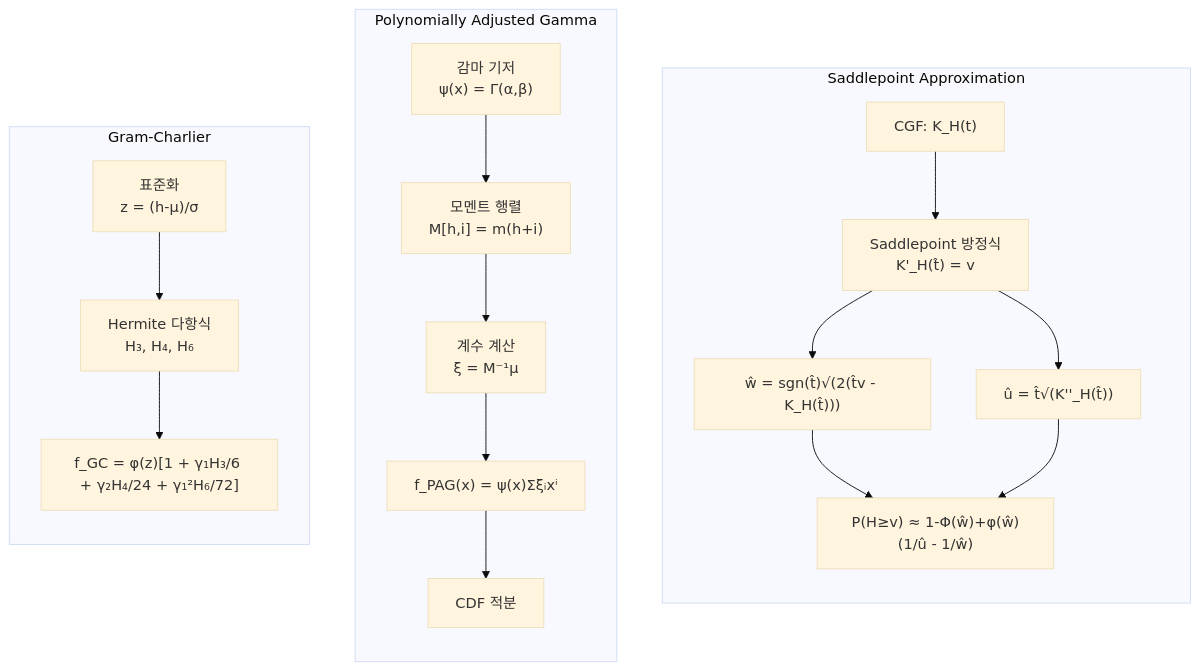
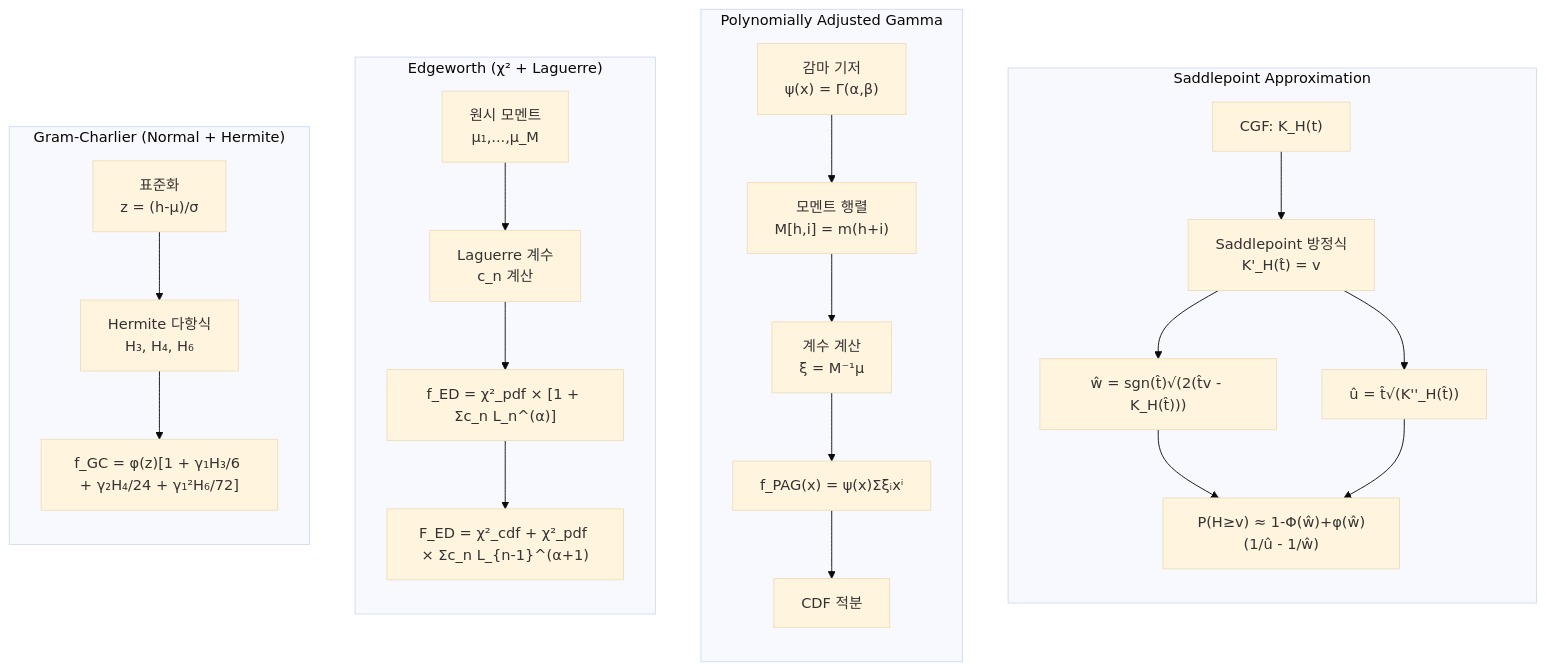
The third of 4 diagrams in README.md (zongseung/KS-test), drawn with Mermaid (base theme) before and after one commit. The commit also changed other lines of this file, not shown here.

````diff
--- a/README.md
+++ b/README.md
@@ -121,24 +121,31 @@
 ```mermaid
 flowchart TB
     subgraph Saddlepoint["Saddlepoint Approximation"]
         direction TB
         S1["CGF: K_H(t)"] --> S2["Saddlepoint 방정식<br/>K'_H(t̂) = v"]
         S2 --> S3["ŵ = sgn(t̂)√(2(t̂v - K_H(t̂)))"]
         S2 --> S4["û = t̂√(K''_H(t̂))"]
         S3 & S4 --> S5["P(H≥v) ≈ 1-Φ(ŵ)+φ(ŵ)(1/û - 1/ŵ)"]
     end
 
     subgraph PAM["Polynomially Adjusted Gamma"]
         direction TB
         P1["감마 기저<br/>ψ(x) = Γ(α,β)"] --> P2["모멘트 행렬<br/>M[h,i] = m(h+i)"]
         P2 --> P3["계수 계산<br/>ξ = M⁻¹μ"]
         P3 --> P4["f_PAG(x) = ψ(x)Σξᵢxⁱ"]
         P4 --> P5["CDF 적분"]
     end
 
-    subgraph GramCharlier["Gram-Charlier"]
+    subgraph Edgeworth["Edgeworth (χ² + Laguerre)"]
+        direction TB
+        E1["원시 모멘트<br/>μ₁,...,μ_M"] --> E2["Laguerre 계수<br/>c_n 계산"]
+        E2 --> E3["f_ED = χ²_pdf × [1 + Σc_n L_n^(α)]"]
+        E3 --> E4["F_ED = χ²_cdf + χ²_pdf × Σc_n L_{n-1}^(α+1)"]
+    end
+
+    subgraph GramCharlier["Gram-Charlier (Normal + Hermite)"]
         direction TB
         G1["표준화<br/>z = (h-μ)/σ"] --> G2["Hermite 다항식<br/>H₃, H₄, H₆"]
         G2 --> G3["f_GC = φ(z)[1 + γ₁H₃/6 + γ₂H₄/24 + γ₁²H₆/72]"]
     end
 ```
````
